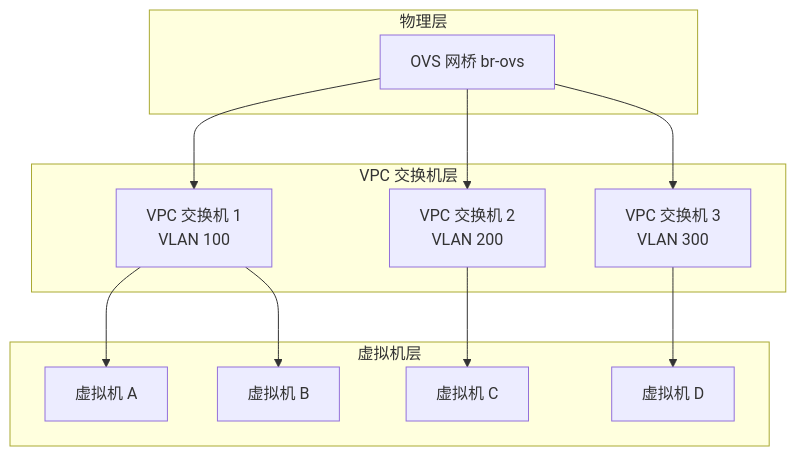
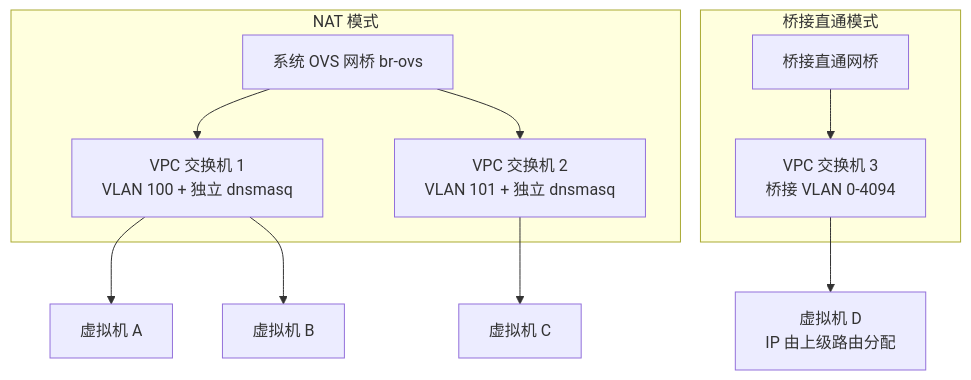
One commit to QVMConsole/docs changed the first of 2 diagrams in docs/network/vpc-switch.mdx. Above: the diagram before and after it, drawn with Mermaid. The commit also changed other lines of this file and 37 other files, not shown here.

````diff
--- a/docs/network/vpc-switch.mdx
+++ b/docs/network/vpc-switch.mdx
@@ -13,28 +13,16 @@
 ```mermaid
 graph TB
-    subgraph "物理层"
-        OVS[OVS 网桥 br-ovs]
+    subgraph "NAT 模式"
+        OVS[系统 OVS 网桥 br-ovs] --> SW1[VPC 交换机 1<br/>VLAN 100 + 独立 dnsmasq]
+        OVS --> SW2[VPC 交换机 2<br/>VLAN 101 + 独立 dnsmasq]
     end
-    
-    subgraph "VPC 交换机层"
-        SW1[VPC 交换机 1<br/>VLAN 100]
-        SW2[VPC 交换机 2<br/>VLAN 200]
-        SW3[VPC 交换机 3<br/>VLAN 300]
+
+    subgraph "桥接直通模式"
+        BR[桥接直通网桥] --> SW3[VPC 交换机 3<br/>桥接 VLAN 0-4094]
     end
-    
-    subgraph "虚拟机层"
-        VM1[虚拟机 A]
-        VM2[虚拟机 B]
-        VM3[虚拟机 C]
-        VM4[虚拟机 D]
-    end
-    
-    OVS --> SW1
-    OVS --> SW2
-    OVS --> SW3
-    
-    SW1 --> VM1
-    SW1 --> VM2
-    SW2 --> VM3
-    SW3 --> VM4
+
+    SW1 --> VM1[虚拟机 A]
+    SW1 --> VM2[虚拟机 B]
+    SW2 --> VM3[虚拟机 C]
+    SW3 --> VM4[虚拟机 D<br/>IP 由上级路由分配]
 ```
````
